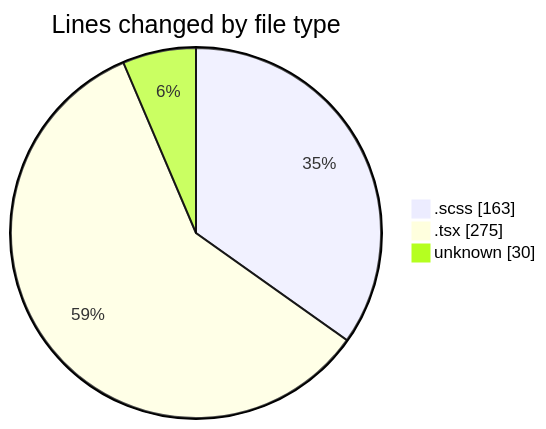
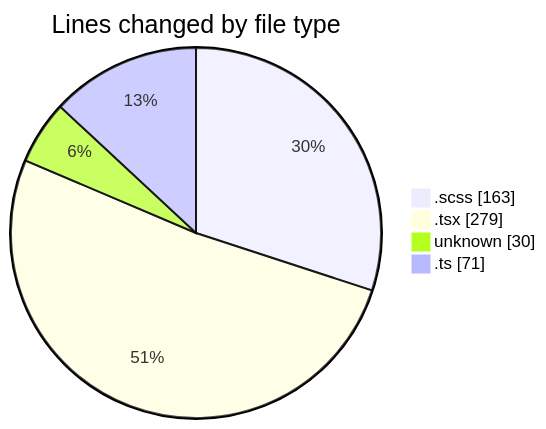
One commit to momahboobian/code-tracking changed the first of 2 diagrams in 2025-03-05/cda/README.md. Above: the diagram before and after it, drawn with Mermaid. The commit also changed other lines of this file and 1 other file, not shown here.

````diff
--- a/2025-03-05/cda/README.md
+++ b/2025-03-05/cda/README.md
@@ -25,7 +27,8 @@
 ```mermaid
 pie showData
 title Lines changed by file type
 ".scss" : 163
-".tsx" : 275
+".tsx" : 279
 "unknown" : 30
+".ts" : 71
 ```
````
